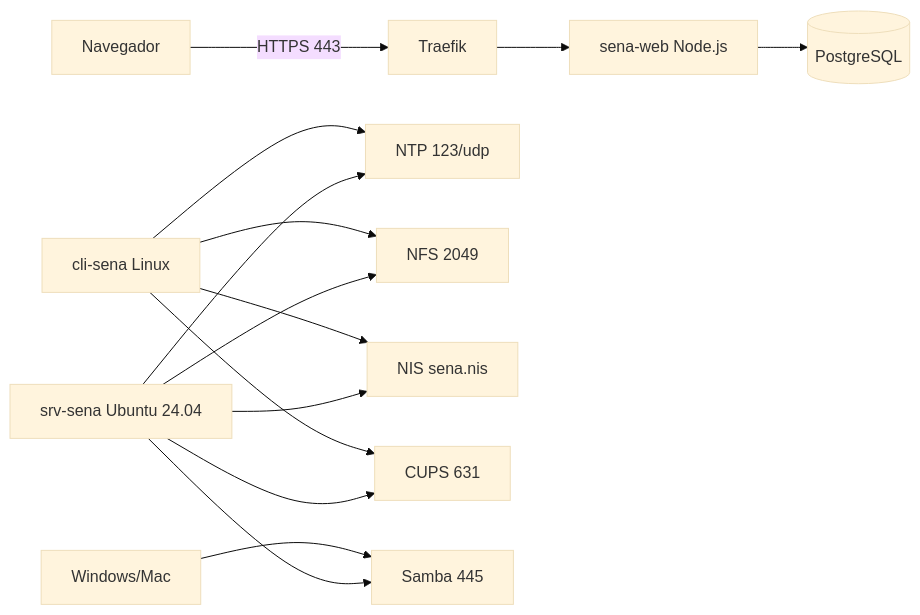
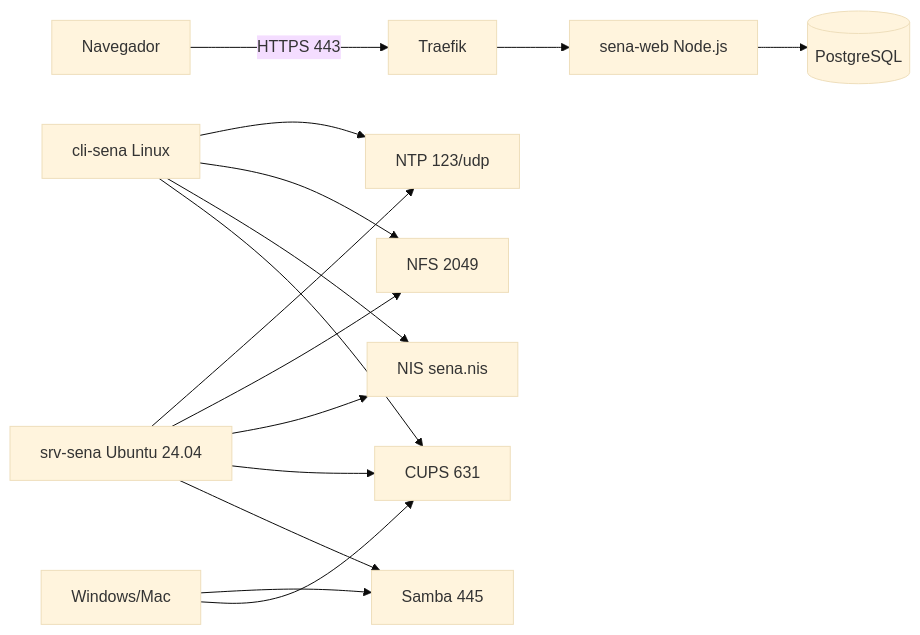
One commit to Samuelsalgadof/proyecto-final-AdminDeTi changed the diagram in analisis.md. Above: the diagram before and after it, drawn with Mermaid (base theme). The commit also changed other lines of this file and 3 other files, not shown here.

````diff
--- a/analisis.md
+++ b/analisis.md
@@ -57,16 +61,17 @@
 ```mermaid
 graph LR
     U[Navegador] -->|HTTPS 443| T[Traefik]
     T --> APP[sena-web Node.js]
     APP --> DB[(PostgreSQL)]
     S[srv-sena Ubuntu 24.04] --> NTP[NTP 123/udp]
     S --> NFS[NFS 2049]
     S --> NIS[NIS sena.nis]
     S --> CUPS[CUPS 631]
     S --> SMB[Samba 445]
     CL[cli-sena Linux] --> NTP
     CL --> NFS
     CL --> NIS
     CL --> CUPS
     W[Windows/Mac] --> SMB
+    W --> CUPS
 ```
````
